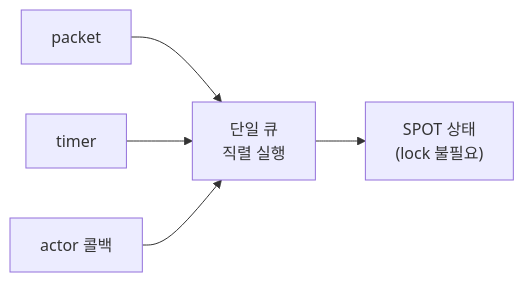
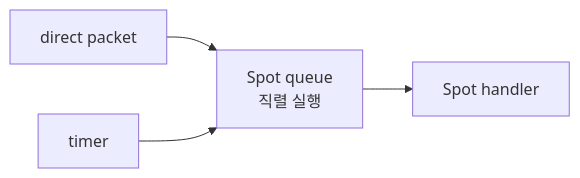
One commit to kairos-code-dev/zlink changed the fourth of 10 diagrams in framework/doc/framework/dotnet/guide/03-concepts.ko.md. Above: the diagram before and after it, drawn with Mermaid. The commit also changed other lines of this file, not shown here.

````diff
--- a/framework/doc/framework/dotnet/guide/03-concepts.ko.md
+++ b/framework/doc/framework/dotnet/guide/03-concepts.ko.md
@@ -77,8 +198,7 @@
 ```mermaid
 %%{init: {'themeVariables': {'edgeLabelBackground':'transparent'}}}%%
 graph LR
-    M1["packet"] --> Q["단일 큐<br/>직렬 실행"]
+    M1["direct packet"] --> Q["Spot queue<br/>직렬 실행"]
     M2["timer"] --> Q
-    M3["actor 콜백"] --> Q
-    Q --> ST["SPOT 상태<br/>(lock 불필요)"]
+    Q --> ST["Spot handler"]
 ```
````
